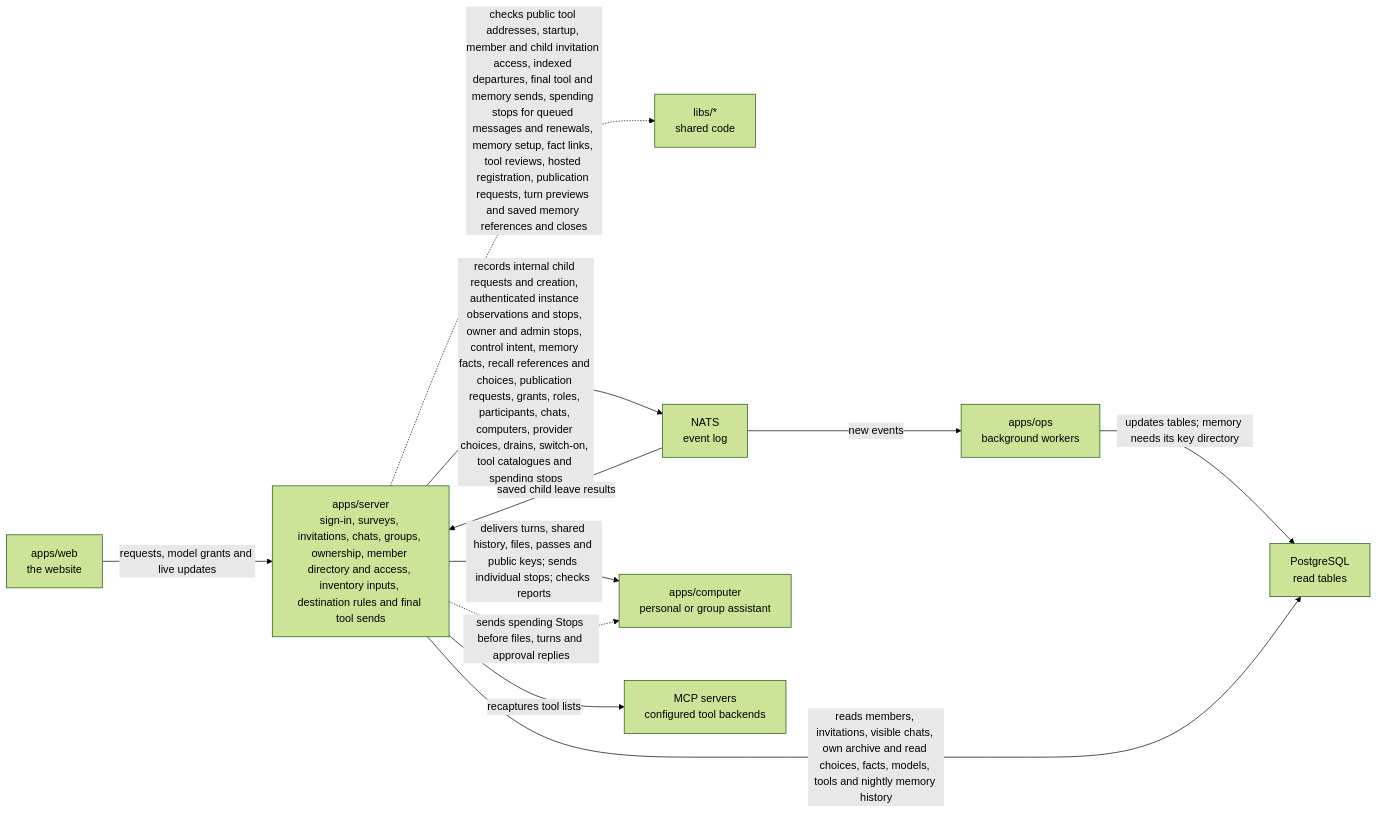
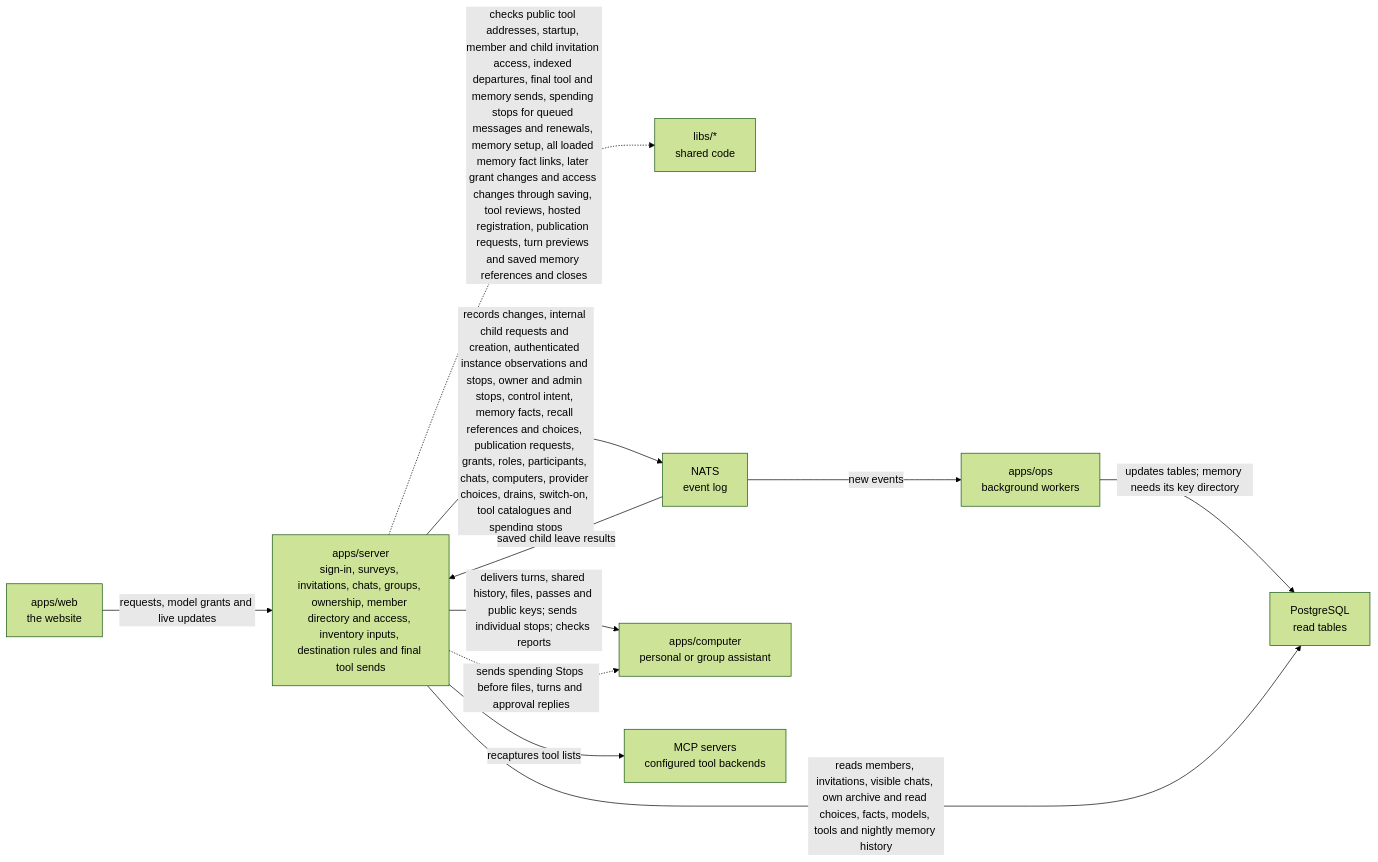
The diagram in apps/server/README.md (elewa-git/opencrane-new), drawn with Mermaid (forest theme) before and after one commit. The commit also changed other lines of this file and 17 other files, not shown here.

First line of the commit message:
🧠 Recall proofs match the loaded memory, and an assistant’s memory write needs its full chat history and current rights up to the save (#411)

````diff
--- a/apps/server/README.md
+++ b/apps/server/README.md
@@ -11,13 +11,13 @@
 ```mermaid
 flowchart LR
   web["apps/web<br/>the website"] -->|requests, model grants and live updates| server["apps/server<br/>sign-in, surveys, invitations, chats, groups, ownership, member directory and access, inventory inputs, destination rules and final tool sends"]
-  server -.->|checks public tool addresses, startup, member and child invitation access, indexed departures, final tool and memory sends, spending stops for queued messages and renewals, memory setup, fact links, tool reviews, hosted registration, publication requests, turn previews and saved memory references and closes| libs["libs/*<br/>shared code"]
-  server -->|records internal child requests and creation, authenticated instance observations and stops, owner and admin stops, control intent, memory facts, recall references and choices, publication requests, grants, roles, participants, chats, computers, provider choices, drains, switch-on, tool catalogues and spending stops| nats["NATS<br/>event log"]
+  server -.->|checks public tool addresses, startup, member and child invitation access, indexed departures, final tool and memory sends, spending stops for queued messages and renewals, memory setup, all loaded memory fact links, later grant changes and access changes through saving, tool reviews, hosted registration, publication requests, turn previews and saved memory references and closes| libs["libs/*<br/>shared code"]
+  server -->|records changes, internal child requests and creation, authenticated instance observations and stops, owner and admin stops, control intent, memory facts, recall references and choices, publication requests, grants, roles, participants, chats, computers, provider choices, drains, switch-on, tool catalogues and spending stops| nats["NATS<br/>event log"]
   nats -->|saved child leave results| server
   nats -->|new events| ops["apps/ops<br/>background workers"]
   ops -->|updates tables; memory needs its key directory| postgres["PostgreSQL<br/>read tables"]
   server -->|reads members, invitations, visible chats, own archive and read choices, facts, models, tools and nightly memory history| postgres
   server -->|delivers turns, shared history, files, passes and public keys; sends individual stops; checks reports| computer["apps/computer<br/>personal or group assistant"]
   server -->|recaptures tool lists| mcp["MCP servers<br/>configured tool backends"]
   server -.->|sends spending Stops before files, turns and approval replies| computer
 ```
````
